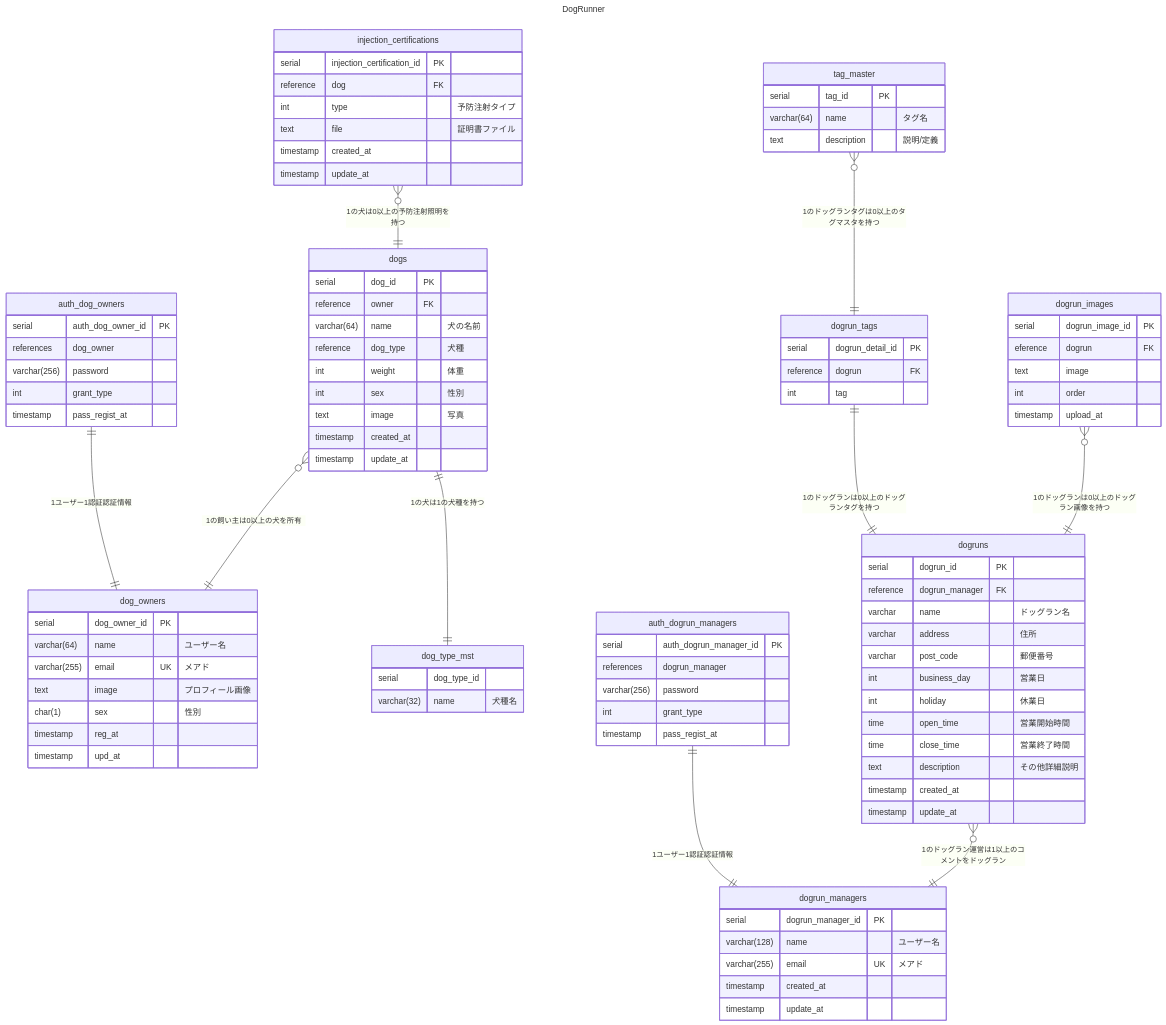
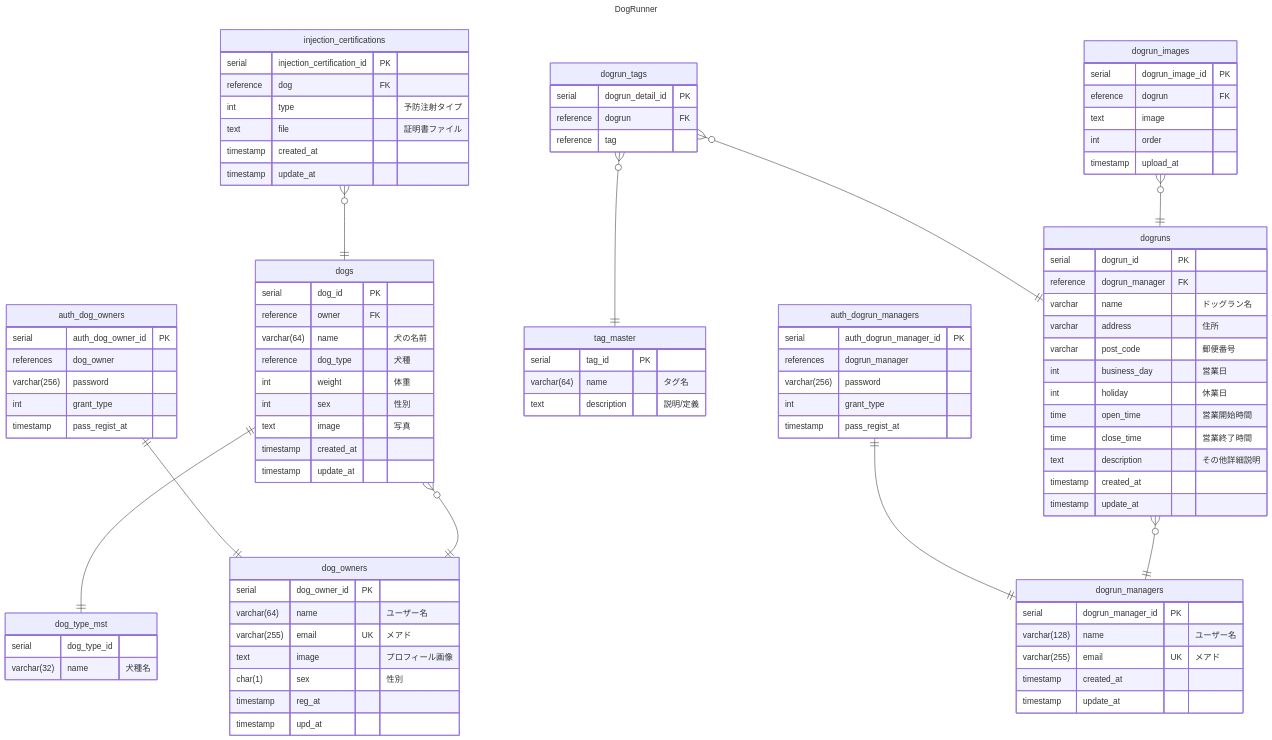
Before and after one commit to wanrun-develop/wanrun: the diagram in docs/db/mermaid.md, drawn with Mermaid.

Commit message:
mermaidの修正。コメント一旦なし

````diff
--- a/docs/db/mermaid.md
+++ b/docs/db/mermaid.md
@@ -15,8 +15,8 @@
       timestamp upd_at
   }
   
-  dogs o{--|| dog_owners : "1の飼い主は0以上の犬を所有"
-  dogs ||--|| dog_type_mst :"1の犬は1の犬種を持つ"
+  dogs o{--|| dog_owners : ""
+  dogs ||--|| dog_type_mst : ""
   dogs {
       serial dog_id PK
       reference owner FK
@@ -34,7 +34,7 @@
 	  varchar(32) name "犬種名"
   }
   
-  injection_certifications o{--|| dogs : "1の犬は0以上の予防注射照明を持つ"
+  injection_certifications o{--|| dogs : ""
   injection_certifications {
 	  serial injection_certification_id PK
 	  reference dog FK
@@ -53,7 +53,7 @@
       timestamp update_at
   }
 
-	dogruns o{--|| dogrun_managers : "1のドッグラン運営は1以上のコメントをドッグラン"
+  dogruns o{--|| dogrun_managers : ""
   dogruns {
       serial dogrun_id PK
       reference dogrun_manager FK 
@@ -69,7 +69,7 @@
       timestamp update_at
   }
   
-  dogrun_images o{--|| dogruns : "1のドッグランは0以上のドッグラン画像を持つ"
+  dogrun_images o{--|| dogruns : ""
   dogrun_images {   
       serial dogrun_image_id PK
       eference dogrun FK
@@ -78,21 +78,21 @@
 	  timestamp upload_at
   }
   
-  dogrun_tags ||--||dogruns : "1のドッグランは0以上のドッグランタグを持つ"
+  dogrun_tags o{--||dogruns : ""
+  dogrun_tags o{--||tag_master : ""
   dogrun_tags {
 	  serial dogrun_detail_id PK
 	  reference dogrun FK
-	  int tag 
+	  reference tag 
   }
   
-  tag_master o{--|| dogrun_tags : "1のドッグランタグは0以上のタグマスタを持つ"
   tag_master {
 	  serial tag_id PK
 	  varchar(64) name "タグ名"
 	  text description "説明/定義"
   }
   
-	auth_dog_owners ||--|| dog_owners : "1ユーザー1認証認証情報"
+	auth_dog_owners ||--|| dog_owners : ""
   auth_dog_owners{
 	  serial auth_dog_owner_id PK
 	  references dog_owner 
@@ -102,7 +102,7 @@
 	  
   }
   
-  auth_dogrun_managers ||--|| dogrun_managers:"1ユーザー1認証認証情報"
+  auth_dogrun_managers ||--|| dogrun_managers:""
   auth_dogrun_managers{
     serial auth_dogrun_manager_id PK
 	  references dogrun_manager 
@@ -110,4 +110,5 @@
 	  int grant_type
 	  timestamp pass_regist_at
   }
+
 ```
````
